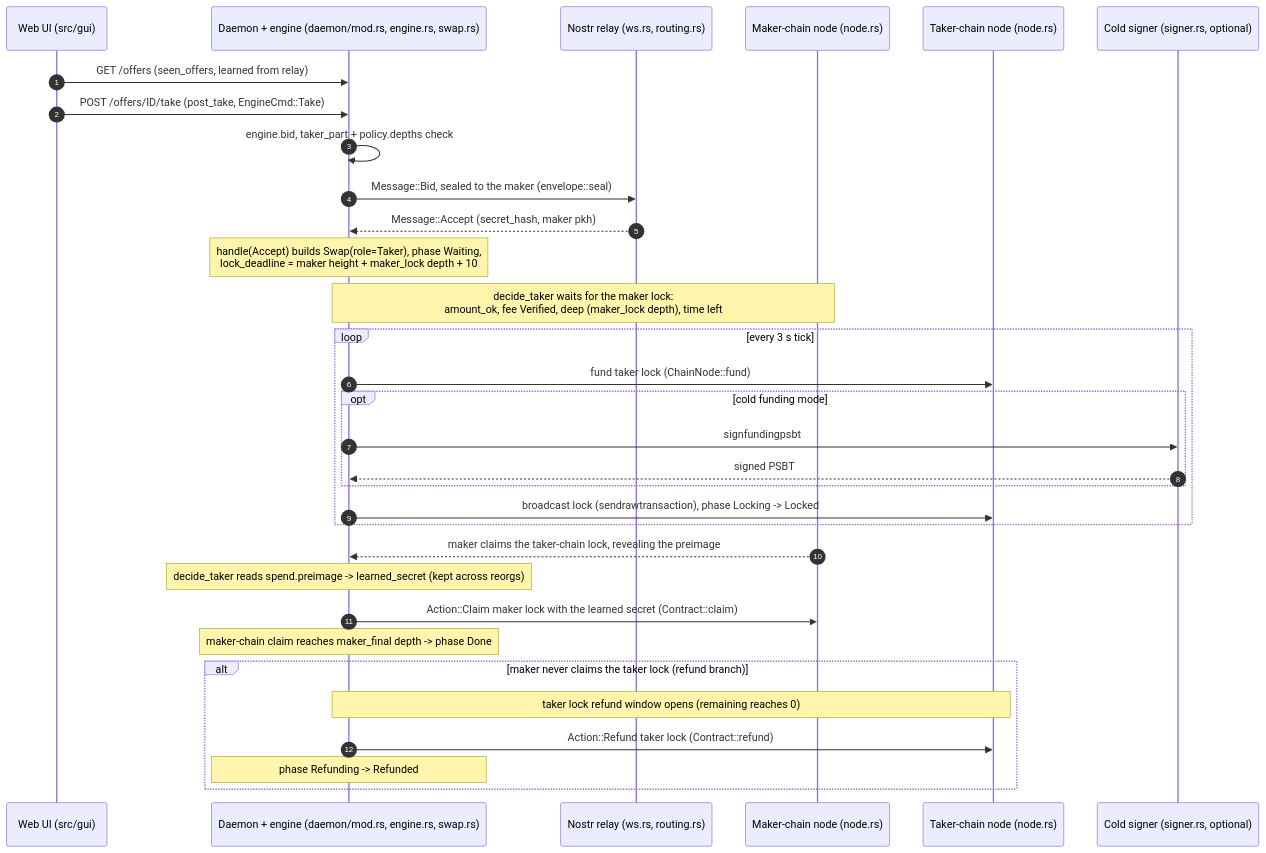
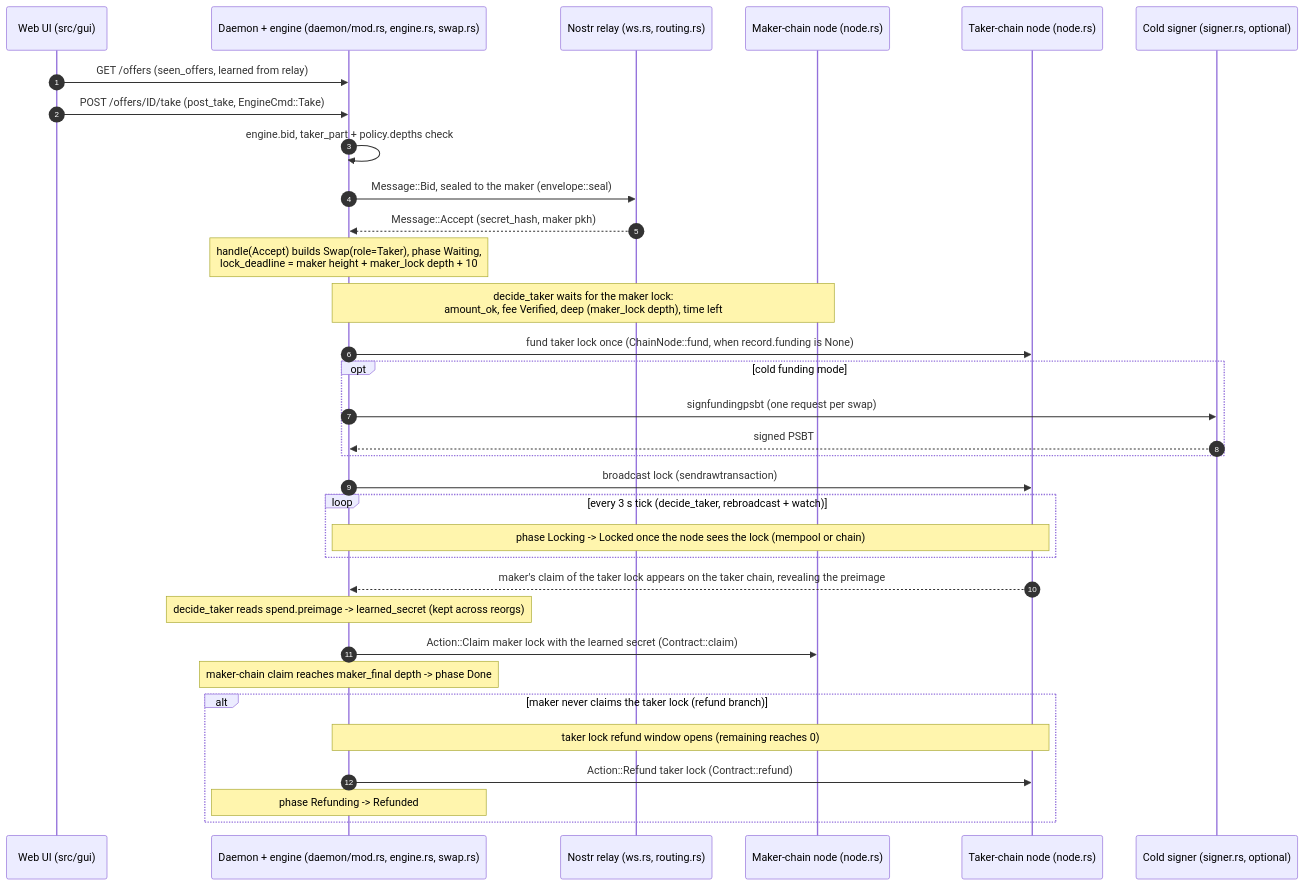
Before and after one commit to TwentyOneLife/sovereign-swap: the third of 4 diagrams in docs/swap-flow.md, drawn with Mermaid. The commit also changed other lines of this file, not shown here.

First line of the commit message:
docs: swap-flow review fixes

````diff
--- a/docs/swap-flow.md
+++ b/docs/swap-flow.md
@@ -133,39 +144,40 @@
 ```mermaid
 sequenceDiagram
     autonumber
     participant UI as Web UI (src/gui)
     participant EN as Daemon + engine (daemon/mod.rs, engine.rs, swap.rs)
     participant RLY as Nostr relay (ws.rs, routing.rs)
     participant MN as Maker-chain node (node.rs)
     participant TN as Taker-chain node (node.rs)
     participant SGN as Cold signer (signer.rs, optional)
 
     UI->>EN: GET /offers (seen_offers, learned from relay)
     UI->>EN: POST /offers/ID/take (post_take, EngineCmd::Take)
     EN->>EN: engine.bid, taker_part + policy.depths check
     EN->>RLY: Message::Bid, sealed to the maker (envelope::seal)
 
     RLY-->>EN: Message::Accept (secret_hash, maker pkh)
     Note over EN: handle(Accept) builds Swap(role=Taker), phase Waiting,<br/>lock_deadline = maker height + maker_lock depth + 10
 
     Note over EN,MN: decide_taker waits for the maker lock:<br/>amount_ok, fee Verified, deep (maker_lock depth), time left
-    loop every 3 s tick
-        EN->>TN: fund taker lock (ChainNode::fund)
-        opt cold funding mode
-            EN->>SGN: signfundingpsbt
-            SGN-->>EN: signed PSBT
-        end
-        EN->>TN: broadcast lock (sendrawtransaction), phase Locking -> Locked
+    EN->>TN: fund taker lock once (ChainNode::fund, when record.funding is None)
+    opt cold funding mode
+        EN->>SGN: signfundingpsbt (one request per swap)
+        SGN-->>EN: signed PSBT
+    end
+    EN->>TN: broadcast lock (sendrawtransaction)
+    loop every 3 s tick (decide_taker, rebroadcast + watch)
+        Note over EN,TN: phase Locking -> Locked once the node sees the lock (mempool or chain)
     end
 
-    MN-->>EN: maker claims the taker-chain lock, revealing the preimage
+    TN-->>EN: maker's claim of the taker lock appears on the taker chain, revealing the preimage
     Note over EN: decide_taker reads spend.preimage -> learned_secret (kept across reorgs)
     EN->>MN: Action::Claim maker lock with the learned secret (Contract::claim)
     Note over EN: maker-chain claim reaches maker_final depth -> phase Done
 
     alt maker never claims the taker lock (refund branch)
         Note over EN,TN: taker lock refund window opens (remaining reaches 0)
         EN->>TN: Action::Refund taker lock (Contract::refund)
         Note over EN: phase Refunding -> Refunded
     end
 ```
````
